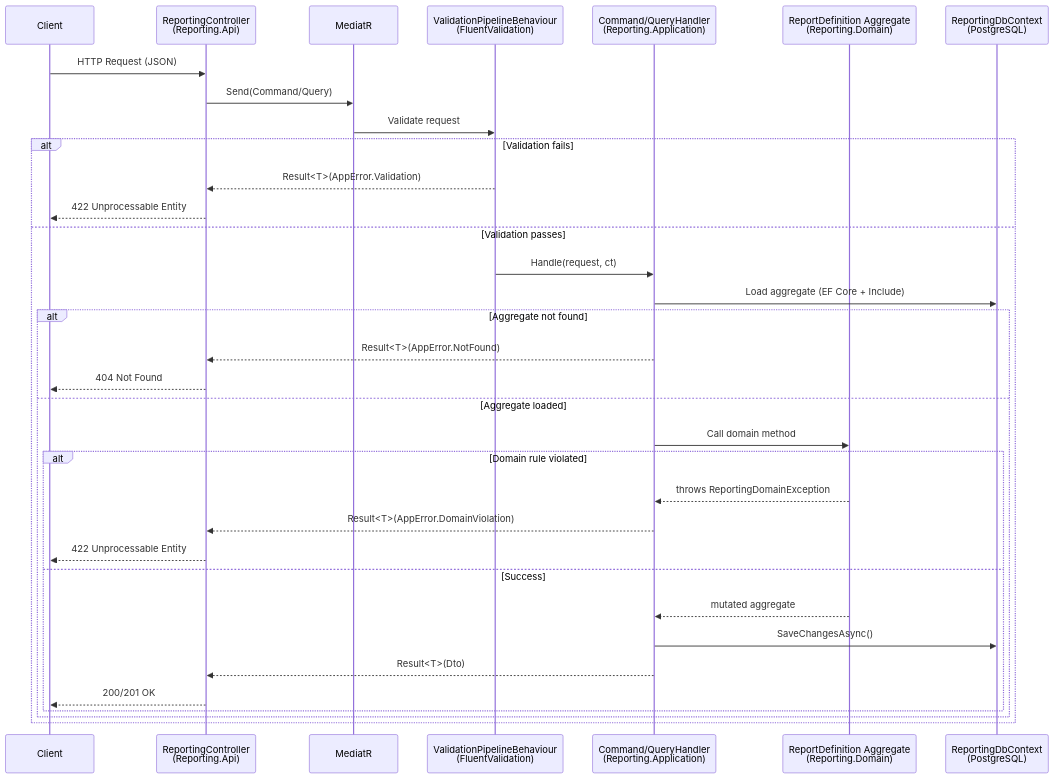
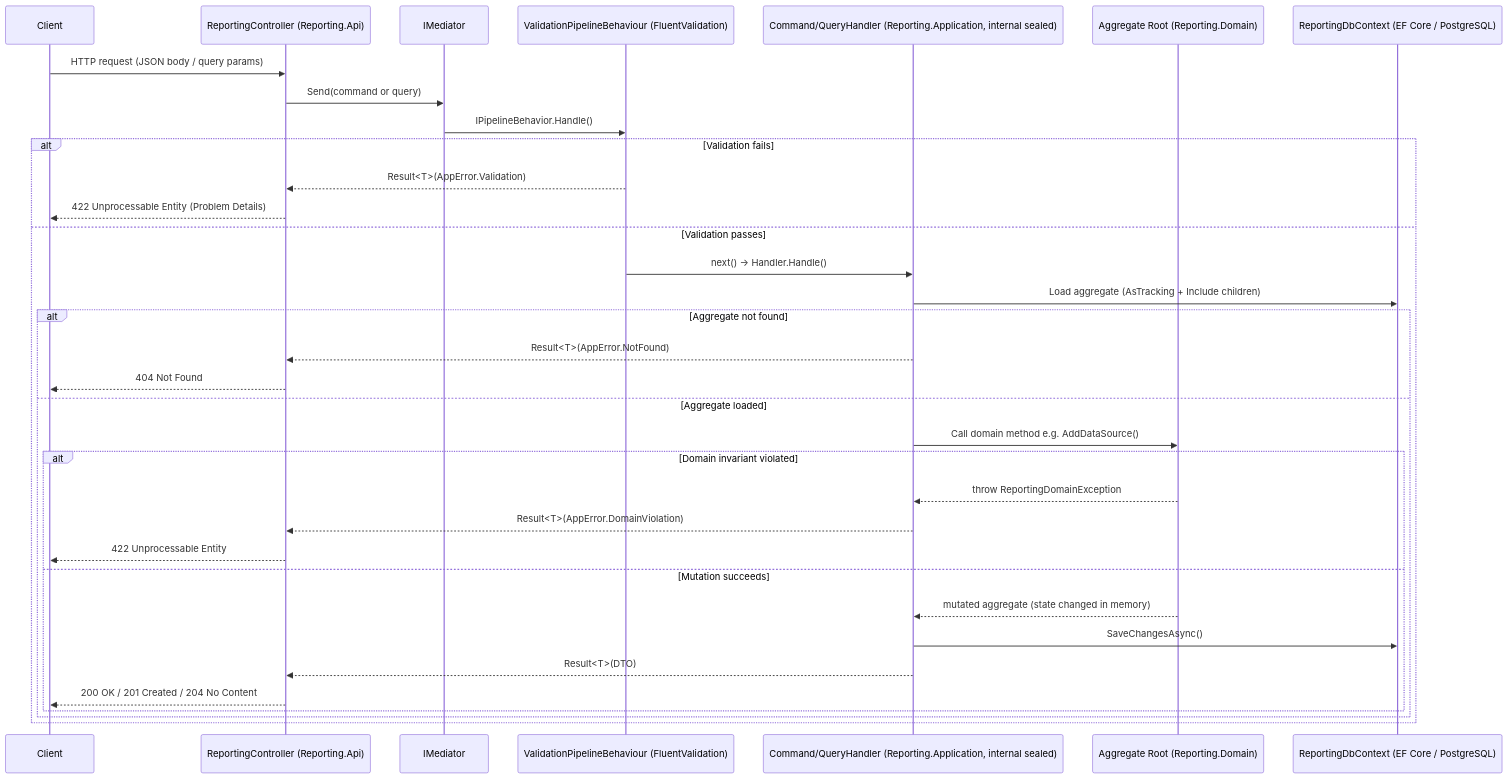
Before and after one commit to WikornAT/ReportEngine: the first of 6 diagrams in README.md, drawn with Mermaid. The commit also changed other lines of this file and 64 other files, not shown here.

````diff
--- a/README.md
+++ b/README.md
@@ -112,37 +129,38 @@
 ```mermaid
 sequenceDiagram
     participant Client
-    participant Controller as ReportingController<br/>(Reporting.Api)
-    participant MediatR
-    participant Validator as ValidationPipelineBehaviour<br/>(FluentValidation)
-    participant Handler as Command/QueryHandler<br/>(Reporting.Application)
-    participant Domain as ReportDefinition Aggregate<br/>(Reporting.Domain)
-    participant DB as ReportingDbContext<br/>(PostgreSQL)
+    participant Controller as ReportingController (Reporting.Api)
+    participant MediatR as IMediator
+    participant Pipeline as ValidationPipelineBehaviour (FluentValidation)
+    participant Handler as Command/QueryHandler (Reporting.Application, internal sealed)
+    participant Domain as Aggregate Root (Reporting.Domain)
+    participant DB as ReportingDbContext (EF Core / PostgreSQL)
 
-    Client->>Controller: HTTP Request (JSON)
-    Controller->>MediatR: Send(Command/Query)
-    MediatR->>Validator: Validate request
+    Client->>Controller: HTTP request (JSON body / query params)
+    Controller->>MediatR: Send(command or query)
+    MediatR->>Pipeline: IPipelineBehavior.Handle()
+
     alt Validation fails
-        Validator-->>Controller: Result<T>(AppError.Validation)
-        Controller-->>Client: 422 Unprocessable Entity
+        Pipeline-->>Controller: Result<T>(AppError.Validation)
+        Controller-->>Client: 422 Unprocessable Entity (Problem Details)
     else Validation passes
-        Validator->>Handler: Handle(request, ct)
-        Handler->>DB: Load aggregate (EF Core + Include)
+        Pipeline->>Handler: next() -> Handler.Handle()
+        Handler->>DB: Load aggregate (AsTracking + Include children)
         alt Aggregate not found
             Handler-->>Controller: Result<T>(AppError.NotFound)
             Controller-->>Client: 404 Not Found
         else Aggregate loaded
-            Handler->>Domain: Call domain method
-            alt Domain rule violated
-                Domain-->>Handler: throws ReportingDomainException
+            Handler->>Domain: Call domain method e.g. AddDataSource()
+            alt Domain invariant violated
+                Domain-->>Handler: throw ReportingDomainException
                 Handler-->>Controller: Result<T>(AppError.DomainViolation)
                 Controller-->>Client: 422 Unprocessable Entity
-            else Success
-                Domain-->>Handler: mutated aggregate
+            else Mutation succeeds
+                Domain-->>Handler: mutated aggregate (state changed in memory)
                 Handler->>DB: SaveChangesAsync()
-                Handler-->>Controller: Result<T>(Dto)
-                Controller-->>Client: 200/201 OK
+                Handler-->>Controller: Result<T>(DTO)
+                Controller-->>Client: 200 OK / 201 Created / 204 No Content
             end
         end
     end
 ```
````
